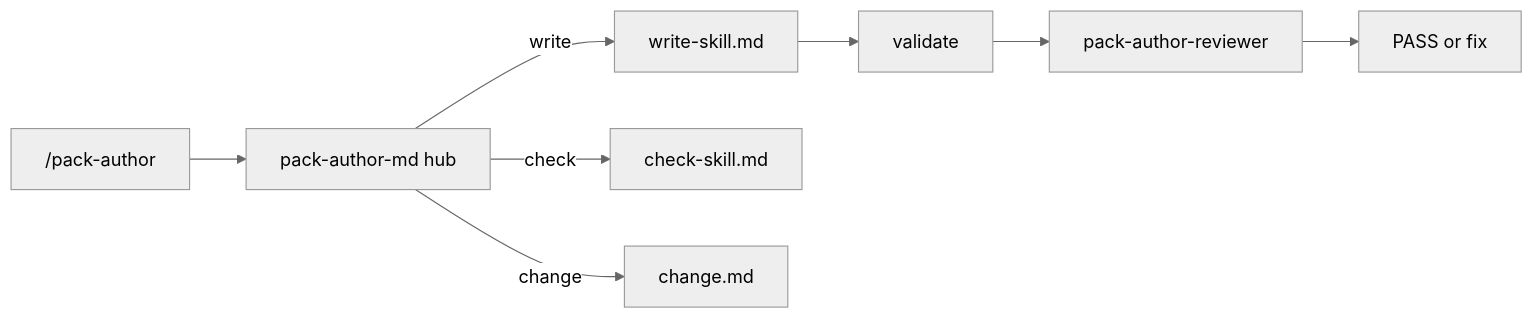
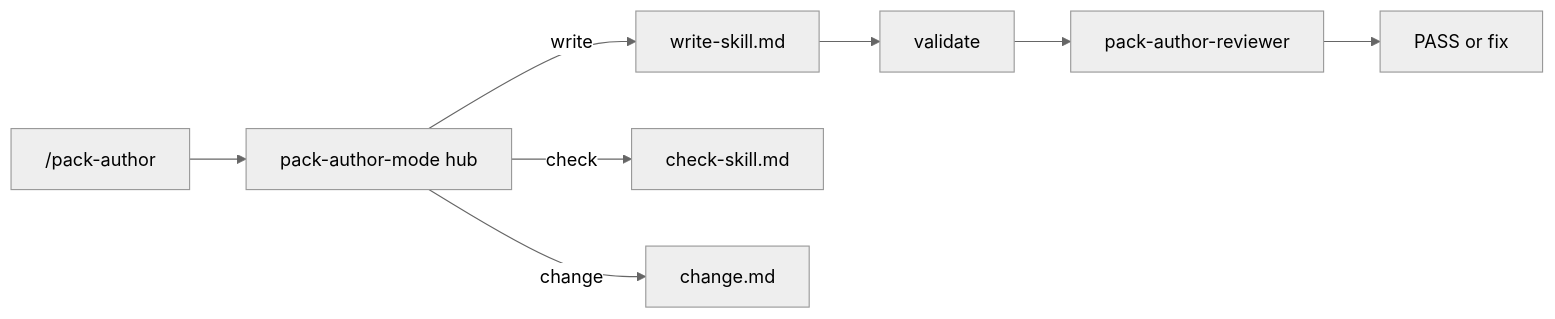
Before and after one commit to svennijhuis/agentPacks: the second of 2 diagrams in docs/pbi/squad/ps01-pack-author-write-skill.md, drawn with Mermaid (neutral theme). The commit also changed other lines of this file and 27 other files, not shown here.

Commit message:
docs(pbi/squad): hubs renamed to poteto style -mode (squad-mode, pack-author-mode, pack-check-mode, statechart-mode, scenarios-mode, security-audit-mode); old -md dirs move with pointer until GA07; today paths keep main names

````diff
--- a/docs/pbi/squad/ps01-pack-author-write-skill.md
+++ b/docs/pbi/squad/ps01-pack-author-write-skill.md
@@ -155,8 +155,8 @@
 ```mermaid
 flowchart LR
-  U["/pack-author"] --> H["pack-author-md hub"]
+  U["/pack-author"] --> H["pack-author-mode hub"]
   H -->|write| W["write-skill.md"]
   H -->|check| C["check-skill.md"]
   H -->|change| X["change.md"]
   W --> V["validate"] --> R["pack-author-reviewer"] --> OUT["PASS or fix"]
 ```
````
